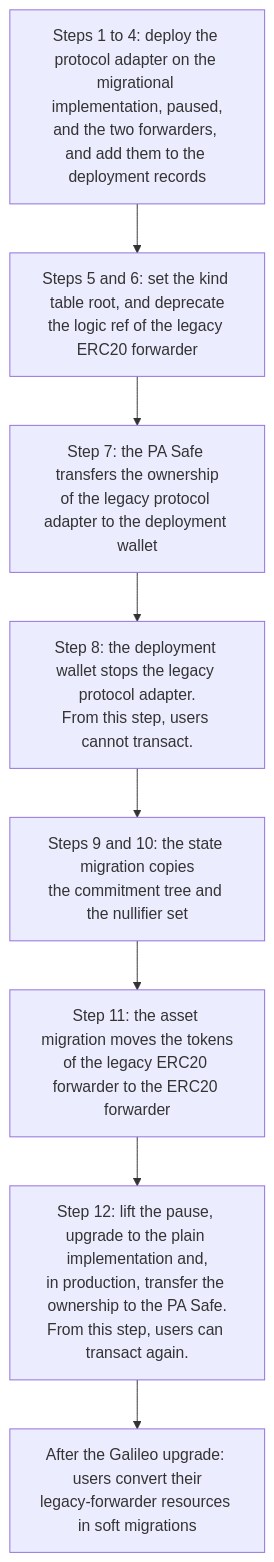
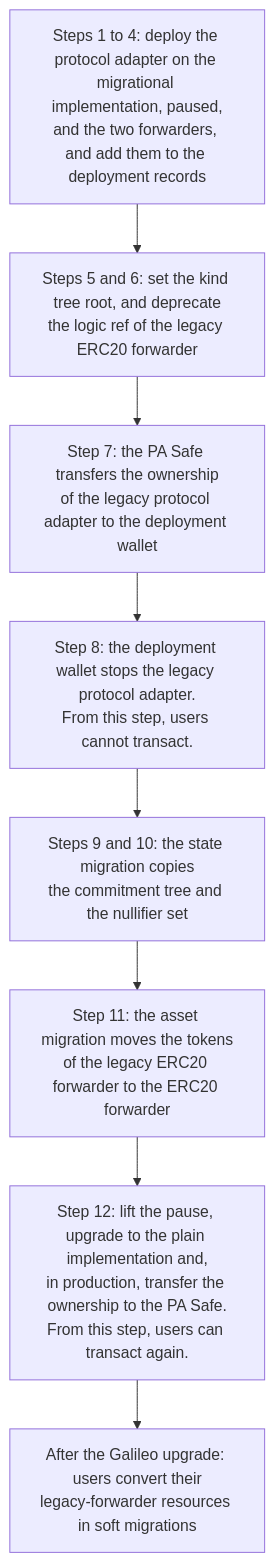
One commit to anoma/pa-evm changed the diagram in docs/00-galileo-upgrade.md. Above: the diagram before and after it, drawn with Mermaid. The commit also changed other lines of this file and 3 other files, not shown here.

Commit message:
docs: use the kind tree root names

````diff
--- a/docs/00-galileo-upgrade.md
+++ b/docs/00-galileo-upgrade.md
@@ -121,13 +121,13 @@
 ```mermaid
 flowchart TD
     deploy[Steps 1 to 4: deploy the protocol adapter on the migrational implementation, paused,<br/>and the two forwarders, and add them to the deployment records]
-    prepare[Steps 5 and 6: set the kind table root, and deprecate<br/>the logic ref of the legacy ERC20 forwarder]
+    prepare[Steps 5 and 6: set the kind tree root, and deprecate<br/>the logic ref of the legacy ERC20 forwarder]
     transfer[Step 7: the PA Safe transfers the ownership<br/>of the legacy protocol adapter to the deployment wallet]
     stop[Step 8: the deployment wallet stops the legacy protocol adapter.<br/>From this step, users cannot transact.]
     state[Steps 9 and 10: the state migration copies<br/>the commitment tree and the nullifier set]
     assets[Step 11: the asset migration moves the tokens<br/>of the legacy ERC20 forwarder to the ERC20 forwarder]
     complete[Step 12: lift the pause, upgrade to the plain implementation and,<br/>in production, transfer the ownership to the PA Safe.<br/>From this step, users can transact again.]
     soft[After the Galileo upgrade: users convert their<br/>legacy-forwarder resources in soft migrations]
 
     deploy --> prepare --> transfer --> stop --> state --> assets --> complete --> soft
 ```
````
